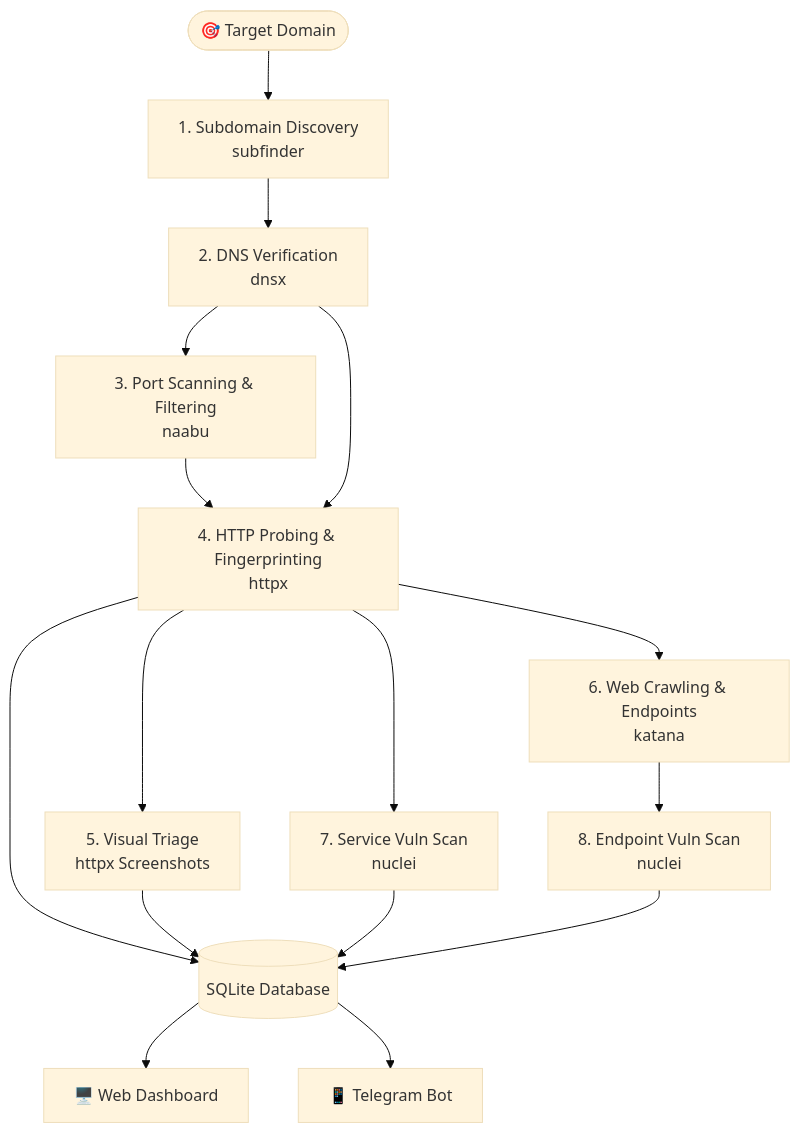
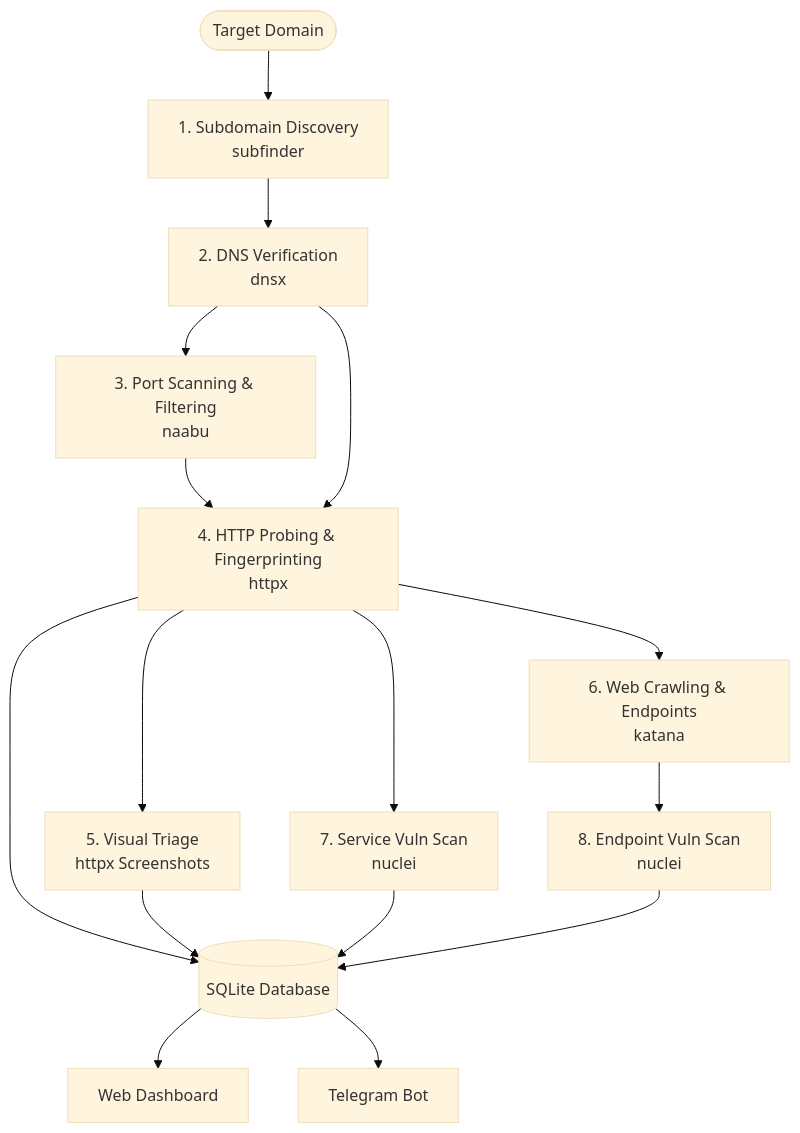
Before and after one commit to M0T3L/django-recon: the diagram in README.md, drawn with Mermaid (base theme). The commit also changed other lines of this file, not shown here.

````diff
--- a/README.md
+++ b/README.md
@@ -44,19 +44,19 @@
 ```mermaid
 flowchart TD
-    A([🎯 Target Domain]) --> B[1. Subdomain Discovery\nsubfinder]
+    A([Target Domain]) --> B[1. Subdomain Discovery\nsubfinder]
     B --> C[2. DNS Verification\ndnsx]
     C --> D[3. Port Scanning & Filtering\nnaabu]
     D --> E[4. HTTP Probing & Fingerprinting\nhttpx]
     C --> E
     E --> F[5. Visual Triage\nhttpx Screenshots]
     E --> G[6. Web Crawling & Endpoints\nkatana]
     E --> H[7. Service Vuln Scan\nnuclei]
     G --> I[8. Endpoint Vuln Scan\nnuclei]
     
     E --> J[(SQLite Database)]
     F --> J
     H --> J
     I --> J
-    J --> K[🖥️ Web Dashboard]
-    J --> L[📱 Telegram Bot]
+    J --> K[Web Dashboard]
+    J --> L[Telegram Bot]
 ```
````
